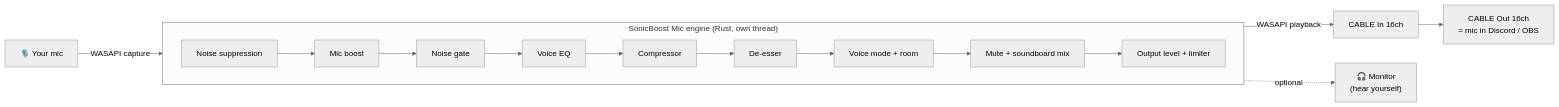
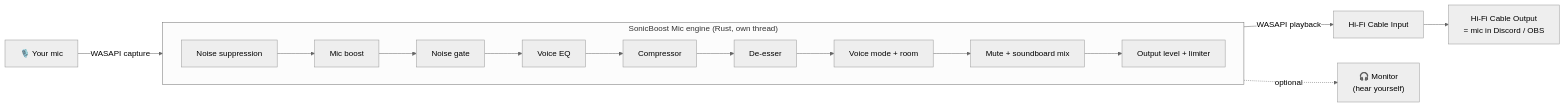
Before and after one commit to fr4gout/SonicBoost: the diagram in docs/MIC_PLAN.md, drawn with Mermaid (neutral theme). The commit also changed other lines of this file and 19 other files, not shown here.

````diff
--- a/docs/MIC_PLAN.md
+++ b/docs/MIC_PLAN.md
@@ -24,11 +26,11 @@
 ```mermaid
 flowchart LR
     M["🎙️ Your mic"] -->|"WASAPI capture"| P
     subgraph P ["SonicBoost Mic engine (Rust, own thread)"]
         direction LR
         A1["Noise suppression"] --> A0["Mic boost"] --> A2["Noise gate"] --> A3["Voice EQ"] --> A5["Compressor"] --> A6["De-esser"] --> A4["Voice mode + room"] --> A7["Mute + soundboard mix"] --> A8["Output level + limiter"]
     end
-    P -->|"WASAPI playback"| C["CABLE In 16ch"]
-    C --> D["CABLE Out 16ch<br/>= mic in Discord / OBS"]
+    P -->|"WASAPI playback"| C["Hi-Fi Cable Input"]
+    C --> D["Hi-Fi Cable Output<br/>= mic in Discord / OBS"]
     P -.->|"optional"| H["🎧 Monitor<br/>(hear yourself)"]
 ```
````
